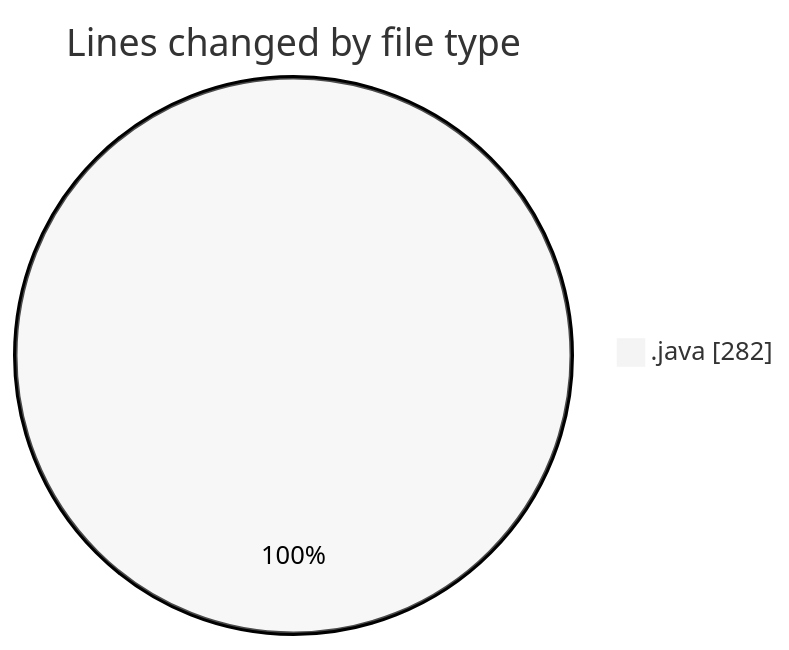
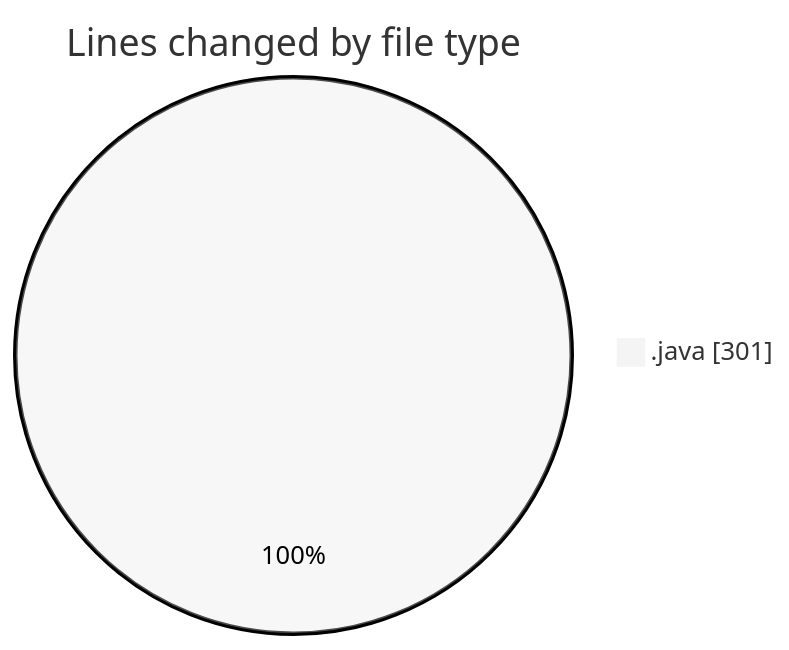
Before and after one commit to hasnaa123/code-tracking: the first of 2 diagrams in 2026-11-26/taskforge/README.md, drawn with Mermaid (neutral theme). The commit also changed other lines of this file and 1 other file, not shown here.

````diff
--- a/2026-11-26/taskforge/README.md
+++ b/2026-11-26/taskforge/README.md
@@ -21,5 +21,5 @@
 ```mermaid
 pie showData
 title Lines changed by file type
-".java" : 282
+".java" : 301
 ```
````
